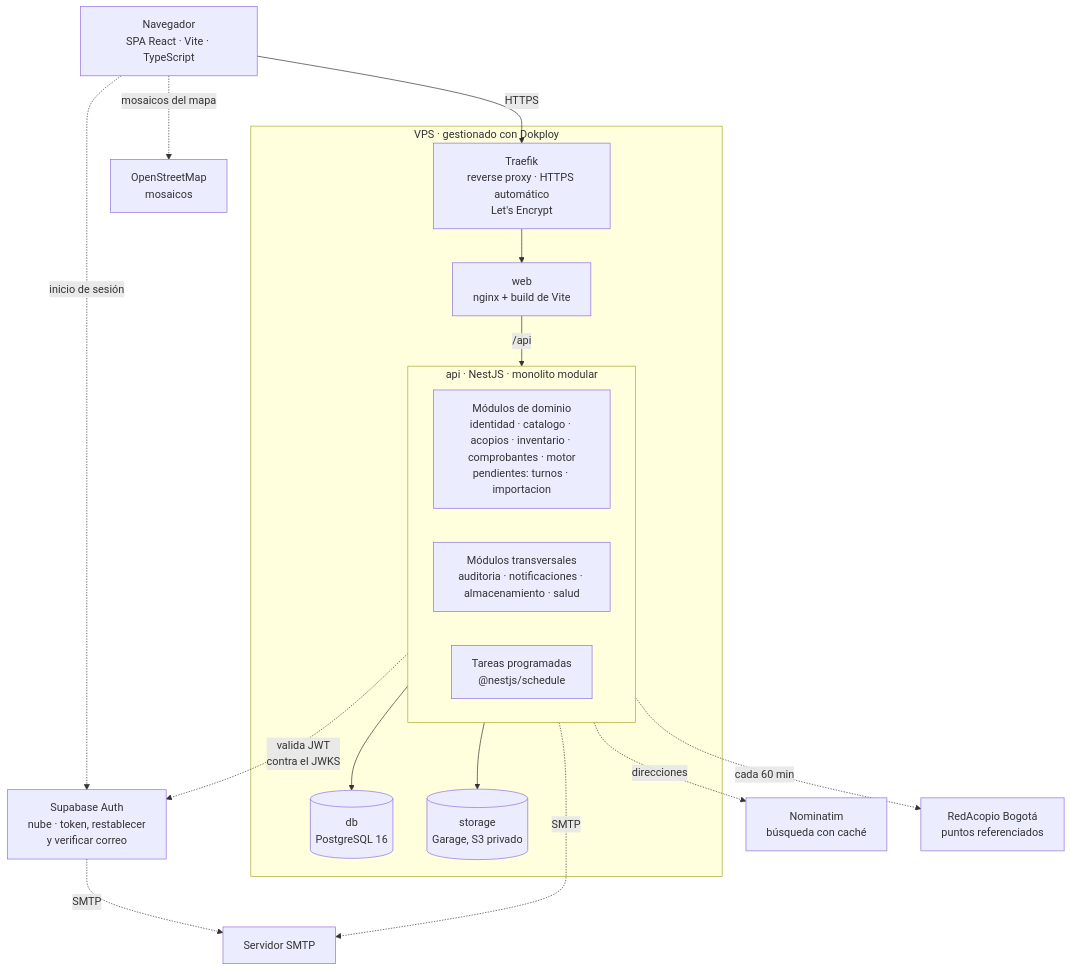
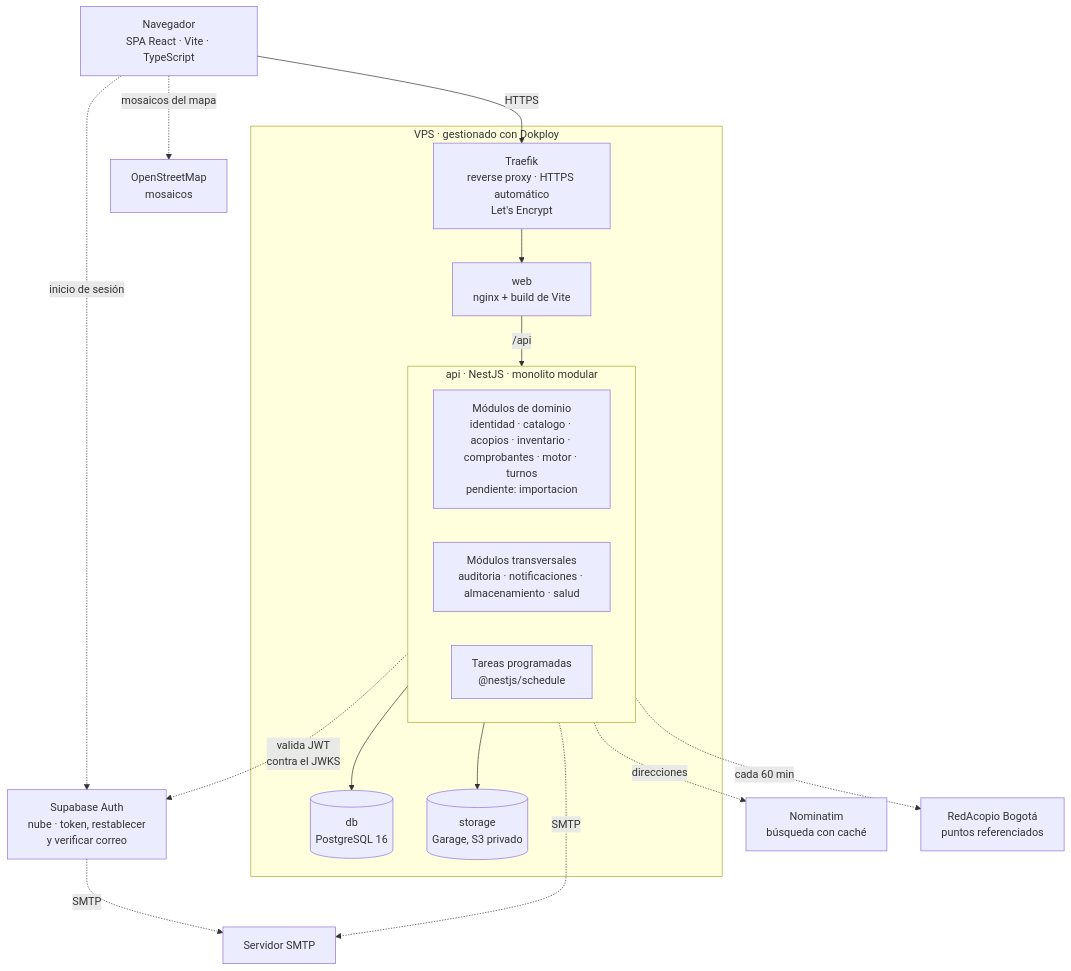
Before and after one commit to Proyecto-IngSoftware/acopio: the second of 2 diagrams in docs/02-arquitectura/vista-general.md, drawn with Mermaid. The commit also changed other lines of this file and 24 other files, not shown here.

Commit message:
Diagramas: turnos en el diagrama de paquetes y PNG regenerados

````diff
--- a/docs/02-arquitectura/vista-general.md
+++ b/docs/02-arquitectura/vista-general.md
@@ -49,31 +49,31 @@
 ```mermaid
 flowchart TB
     Cliente["Navegador<br/>SPA React · Vite · TypeScript"] -->|HTTPS| Traefik
     Cliente -.->|"inicio de sesión"| SupabaseAuth["Supabase Auth<br/>nube · token, restablecer<br/>y verificar correo"]
     Cliente -.->|"mosaicos del mapa"| OSM["OpenStreetMap<br/>mosaicos"]
 
     subgraph VPS["VPS · gestionado con Dokploy"]
         Traefik["Traefik<br/>reverse proxy · HTTPS automático<br/>Let's Encrypt"]
         Web["web<br/>nginx + build de Vite"]
 
         subgraph API["api · NestJS · monolito modular"]
-            Dominio["Módulos de dominio<br/>identidad · catalogo · acopios · inventario · comprobantes · motor<br/>pendientes: turnos · importacion"]
+            Dominio["Módulos de dominio<br/>identidad · catalogo · acopios · inventario · comprobantes · motor · turnos<br/>pendiente: importacion"]
             Transversales["Módulos transversales<br/>auditoria · notificaciones · almacenamiento · salud"]
             Tareas["Tareas programadas<br/>@nestjs/schedule"]
         end
 
         DB[("db<br/>PostgreSQL 16")]
         Storage[("storage<br/>Garage, S3 privado")]
 
         Traefik --> Web
         Web -->|"/api"| API
         API --> DB
         API --> Storage
     end
 
     API -.->|"valida JWT<br/>contra el JWKS"| SupabaseAuth
     API -.->|SMTP| SMTP["Servidor SMTP"]
     SupabaseAuth -.->|SMTP| SMTP
     API -.->|"direcciones"| Nominatim["Nominatim<br/>búsqueda con caché"]
     API -.->|"cada 60 min"| RedAcopio["RedAcopio Bogotá<br/>puntos referenciados"]
 ```
````
